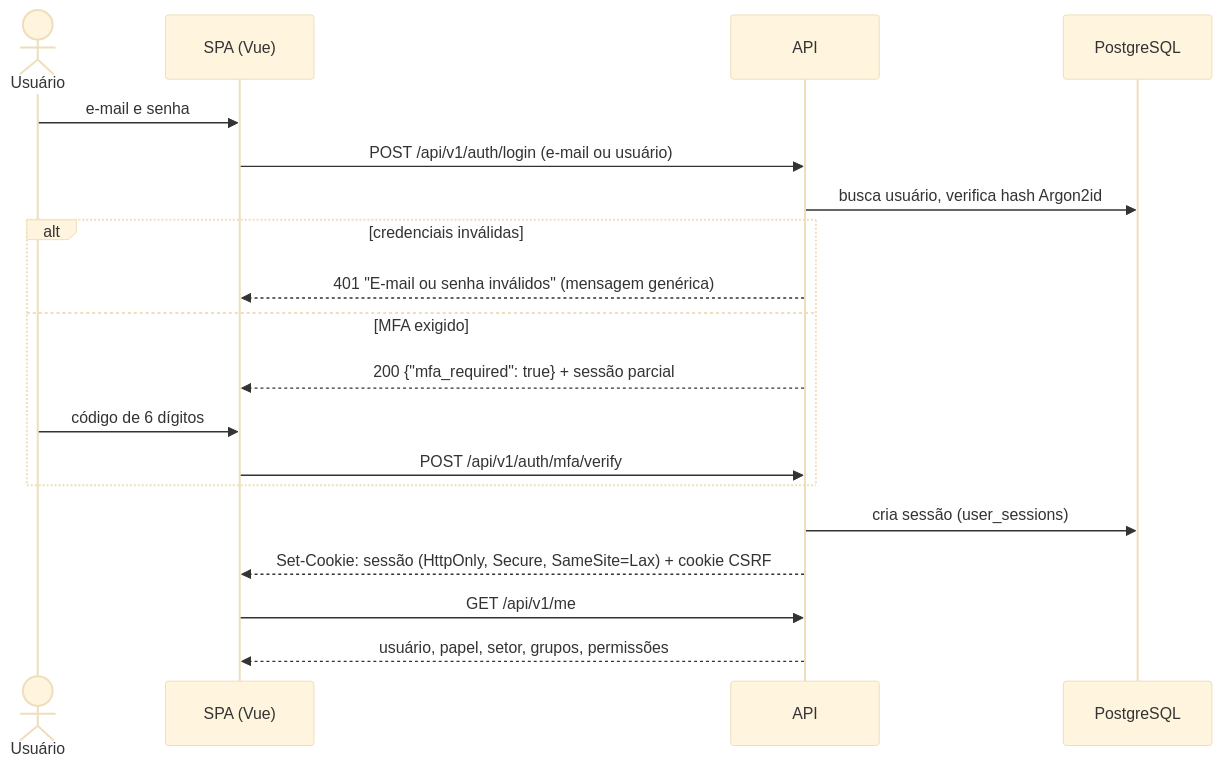
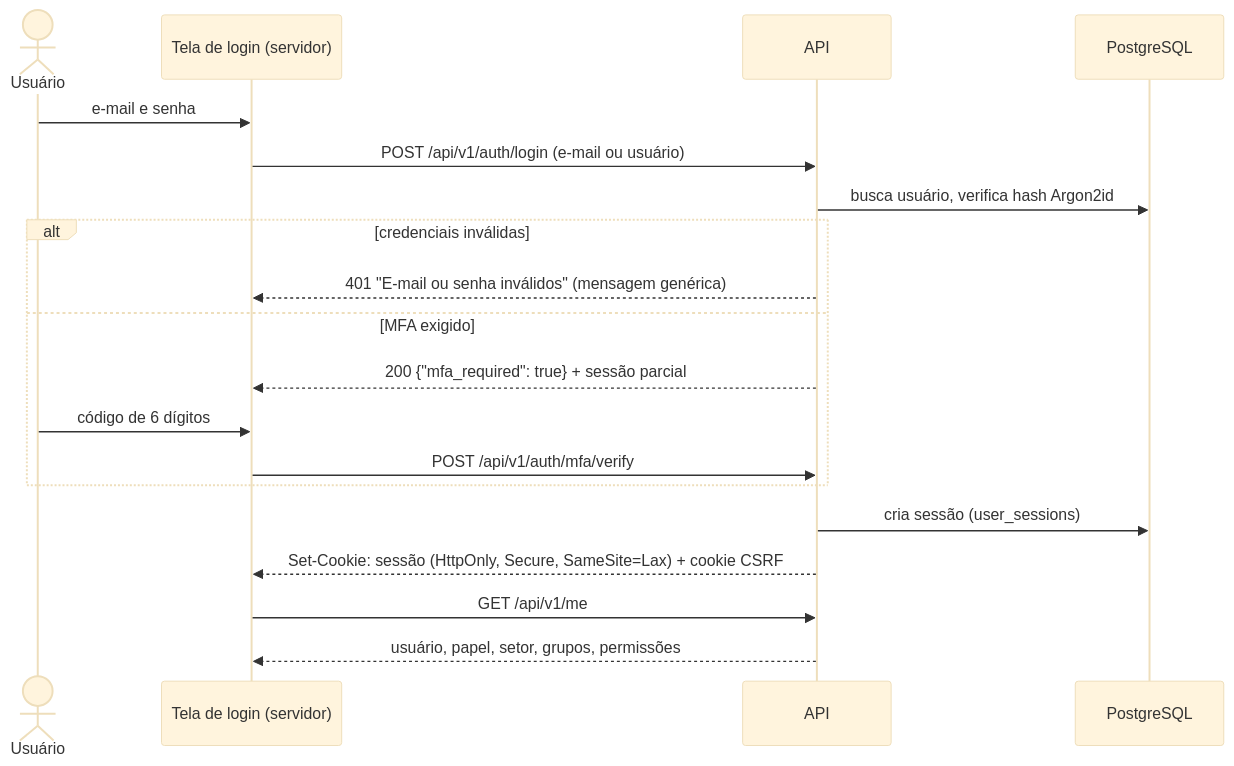
One commit to 0LB-i/ticketflow changed the first of 2 diagrams in docs/09-login-e-autenticacao.md. Above: the diagram before and after it, drawn with Mermaid (base theme). The commit also changed other lines of this file and 88 other files, not shown here.

````diff
--- a/docs/09-login-e-autenticacao.md
+++ b/docs/09-login-e-autenticacao.md
@@ -34,21 +34,21 @@
 ```mermaid
 sequenceDiagram
     actor U as Usuário
-    participant S as SPA (Vue)
+    participant S as Tela de login (servidor)
     participant A as API
     participant DB as PostgreSQL
     U->>S: e-mail e senha
     S->>A: POST /api/v1/auth/login (e-mail ou usuário)
     A->>DB: busca usuário, verifica hash Argon2id
     alt credenciais inválidas
         A-->>S: 401 "E-mail ou senha inválidos" (mensagem genérica)
     else MFA exigido
         A-->>S: 200 {"mfa_required": true} + sessão parcial
         U->>S: código de 6 dígitos
         S->>A: POST /api/v1/auth/mfa/verify
     end
     A->>DB: cria sessão (user_sessions)
     A-->>S: Set-Cookie: sessão (HttpOnly, Secure, SameSite=Lax) + cookie CSRF
     S->>A: GET /api/v1/me
     A-->>S: usuário, papel, setor, grupos, permissões
 ```
````
